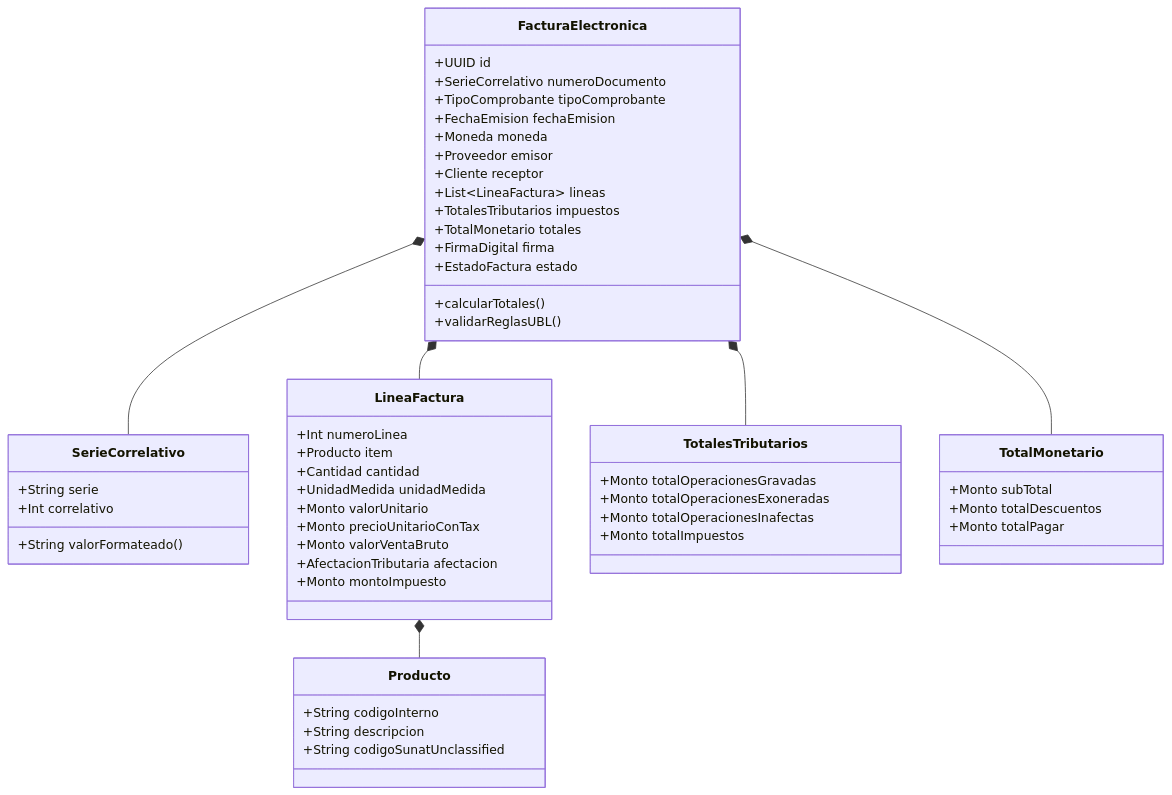
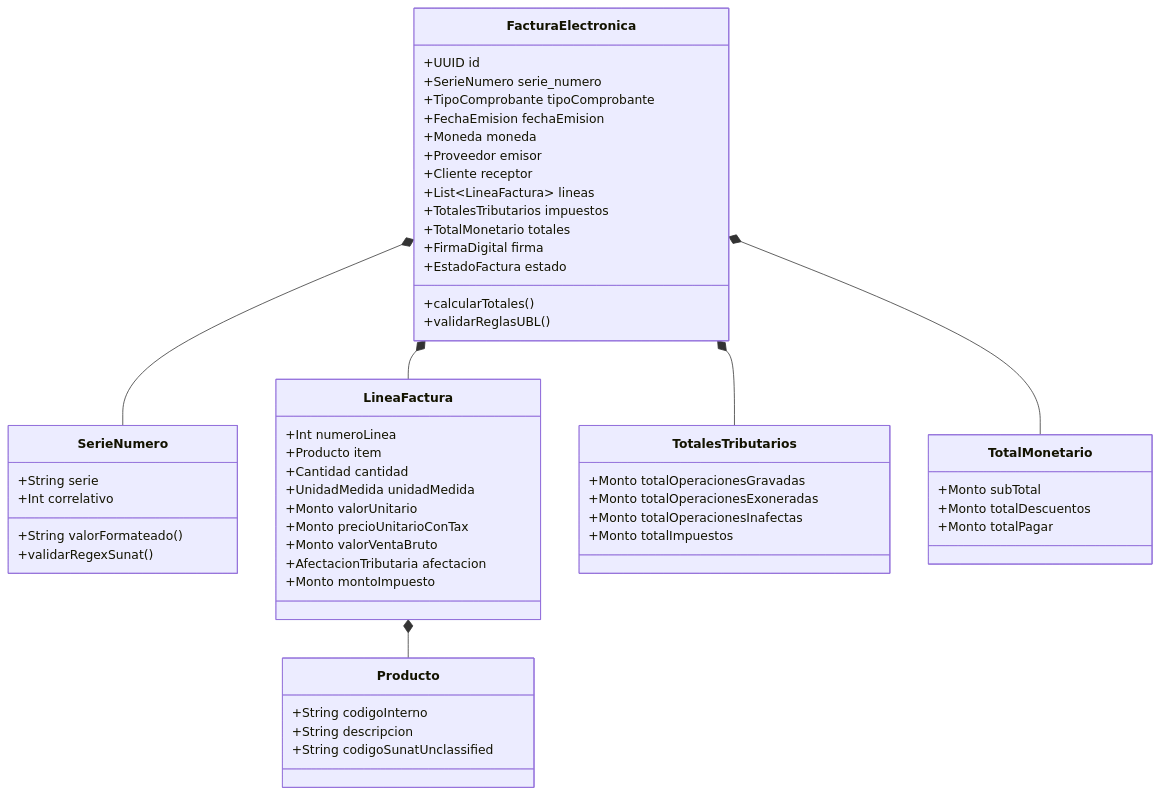
The diagram in specs/features/dominio-migracion.md (MiguelAndy/MedioCursoArquitectura), drawn with Mermaid before and after one commit. The commit also changed other lines of this file and 1 other file, not shown here.

Commit message:
docs: alinea modelo de dominio con serie_numero y estandariza contratos ubl

````diff
--- a/specs/features/dominio-migracion.md
+++ b/specs/features/dominio-migracion.md
@@ -39,62 +39,63 @@
 ```mermaid
 classDiagram
     class FacturaElectronica {
         +UUID id
-        +SerieCorrelativo numeroDocumento
+        +SerieNumero serie_numero
         +TipoComprobante tipoComprobante
         +FechaEmision fechaEmision
         +Moneda moneda
         +Proveedor emisor
         +Cliente receptor
         +List~LineaFactura~ lineas
         +TotalesTributarios impuestos
         +TotalMonetario totales
         +FirmaDigital firma
         +EstadoFactura estado
         +calcularTotales()
         +validarReglasUBL()
     }
 
-    class SerieCorrelativo {
+    class SerieNumero {
         +String serie
         +Int correlativo
         +String valorFormateado()
+        +validarRegexSunat()
     }
 
     class LineaFactura {
         +Int numeroLinea
         +Producto item
         +Cantidad cantidad
         +UnidadMedida unidadMedida
         +Monto valorUnitario
         +Monto precioUnitarioConTax
         +Monto valorVentaBruto
         +AfectacionTributaria afectacion
         +Monto montoImpuesto
     }
 
     class Producto {
         +String codigoInterno
         +String descripcion
         +String codigoSunatUnclassified
     }
 
     class TotalesTributarios {
         +Monto totalOperacionesGravadas
         +Monto totalOperacionesExoneradas
         +Monto totalOperacionesInafectas
         +Monto totalImpuestos
     }
 
     class TotalMonetario {
         +Monto subTotal
         +Monto totalDescuentos
         +Monto totalPagar
     }
 
-    FacturaElectronica *-- SerieCorrelativo
+    FacturaElectronica *-- SerieNumero
     FacturaElectronica *-- LineaFactura
     FacturaElectronica *-- TotalesTributarios
     FacturaElectronica *-- TotalMonetario
     LineaFactura *-- Producto
 ```
````
